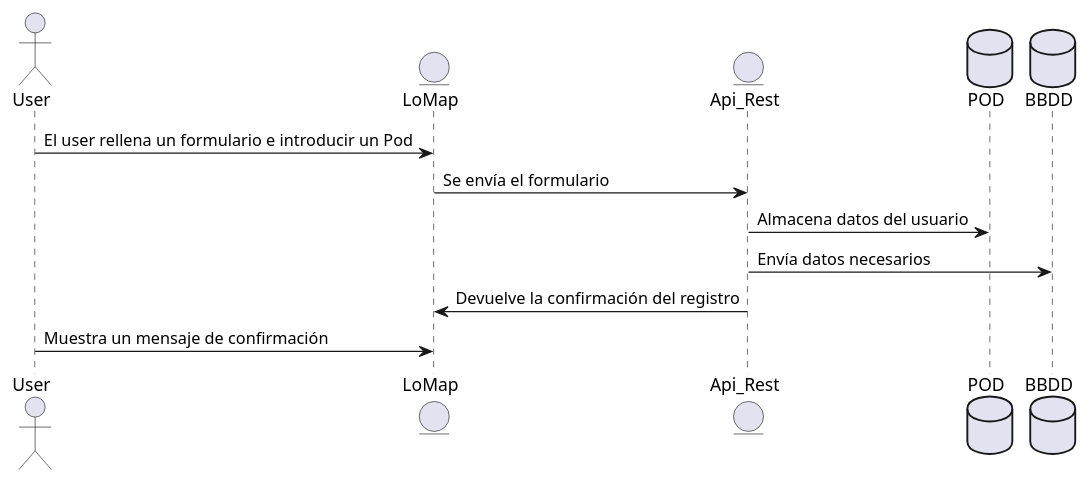
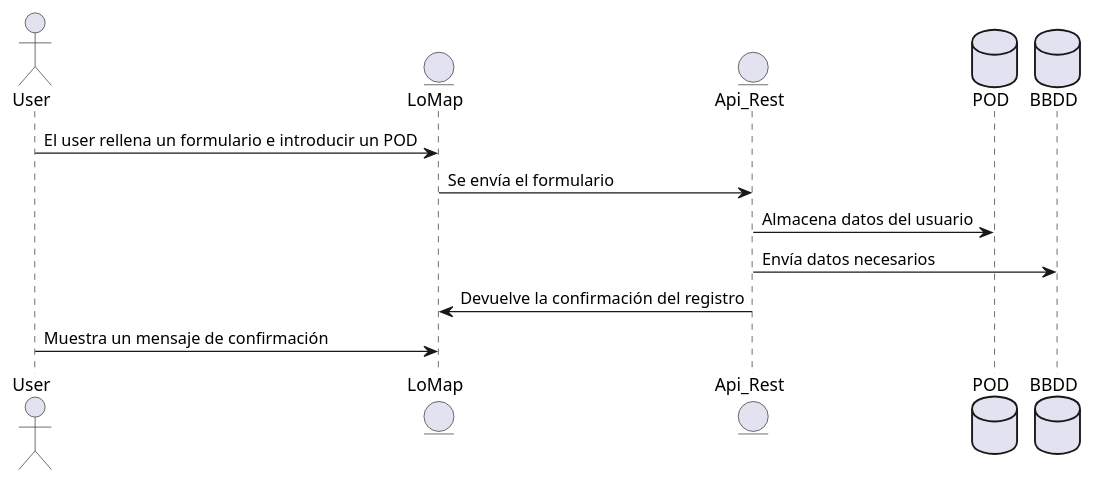
One commit to Arquisoft/lomap_es6a changed the first of 5 diagrams in docs/06_runtime_view.adoc. Above: the diagram before and after it, drawn with PlantUML. The commit also changed other lines of this file and 1 other file, not shown here.

```diff
--- a/docs/06_runtime_view.adoc
+++ b/docs/06_runtime_view.adoc
@@ -34,16 +34,16 @@
 [plantuml,"Sequence diagram",png]
 ----
 actor User
 entity LoMap
 entity Api_Rest
 database POD
 database BBDD
 
-User -> LoMap: El user rellena un formulario e introducir un Pod
+User -> LoMap: El user rellena un formulario e introducir un POD
 LoMap -> Api_Rest: Se envía el formulario
 Api_Rest -> POD: Almacena datos del usuario
 Api_Rest -> BBDD: Envía datos necesarios
 LoMap <- Api_Rest: Devuelve la confirmación del registro
 User -> LoMap: Muestra un mensaje de confirmación
 
 ----
```
